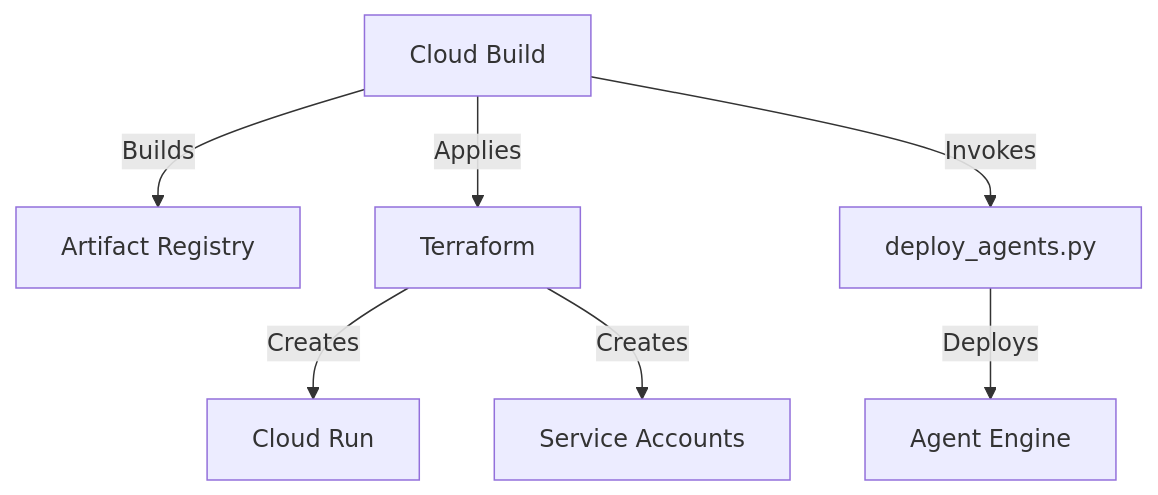
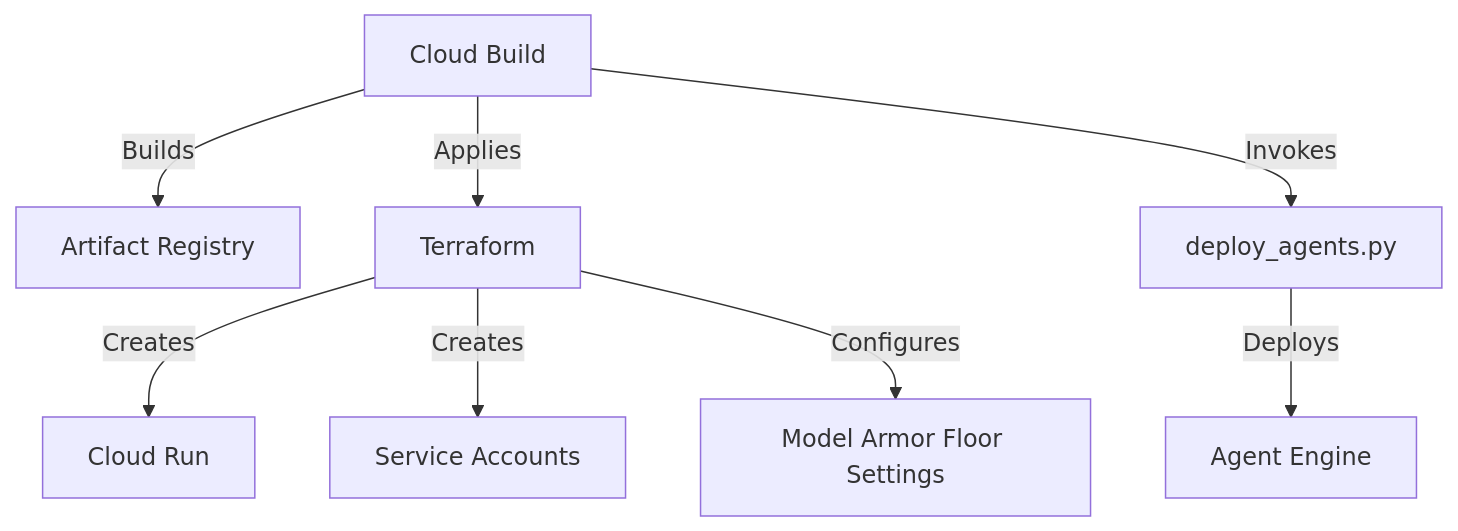
One commit to wadave/agent-solution-ops changed the third of 3 diagrams in design document.md. Above: the diagram before and after it, drawn with Mermaid. The commit also changed other lines of this file, not shown here.

````diff
--- a/design document.md
+++ b/design document.md
@@ -146,9 +150,10 @@
   ```mermaid
   graph TD
       CB[Cloud Build] -->|Builds| AR[Artifact Registry]
       CB -->|Applies| TF[Terraform]
       TF -->|Creates| CR[Cloud Run]
       TF -->|Creates| IAM[Service Accounts]
+      TF -->|Configures| MA[Model Armor Floor Settings]
       CB -->|Invokes| DA[deploy_agents.py]
       DA -->|Deploys| AE[Agent Engine]
   ```
````
